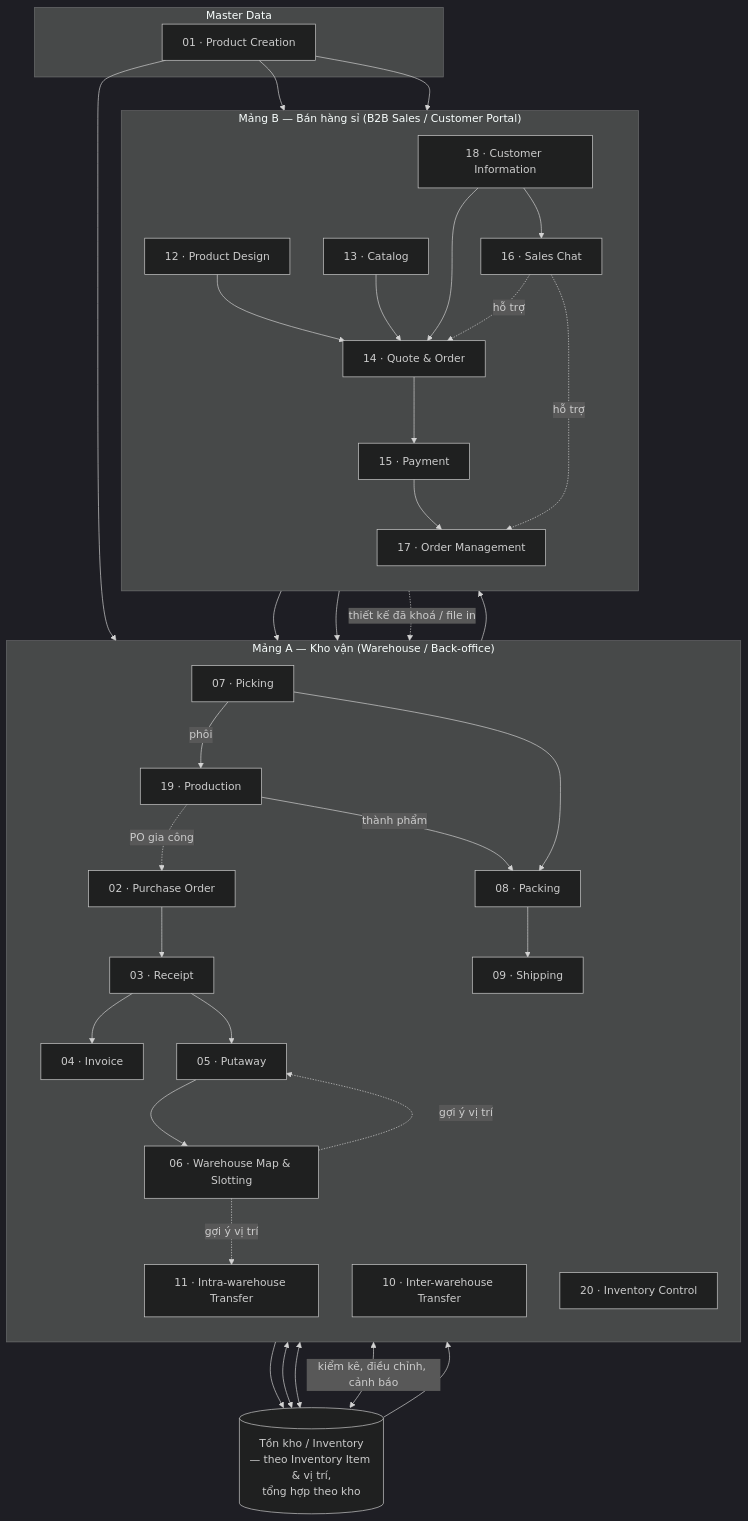
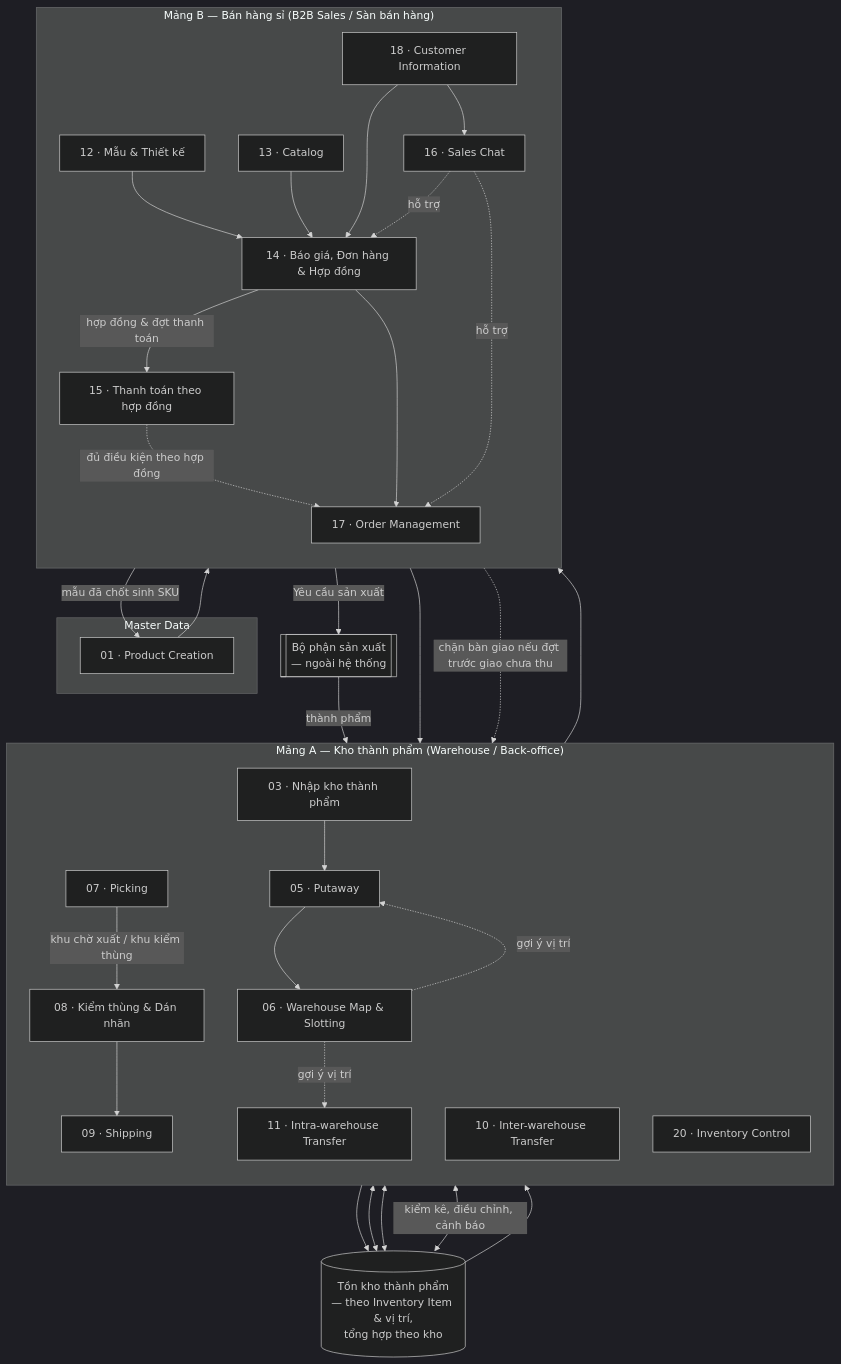
One commit to KLTN-FA26/docs changed the second of 3 diagrams in docs/00-system-overview/README.md. Above: the diagram before and after it, drawn with Mermaid (dark theme). The commit also changed other lines of this file and 26 other files, not shown here.

First line of the commit message:
Narrow the scope to a finished-goods warehouse and contract-based B2B sales

````diff
--- a/docs/00-system-overview/README.md
+++ b/docs/00-system-overview/README.md
@@ -169,70 +180,64 @@
 ```mermaid
 flowchart TB
     subgraph MASTER["Master Data"]
         PC[01 · Product Creation]
     end
 
-    subgraph WH["Mảng A — Kho vận (Warehouse / Back-office)"]
+    subgraph WH["Mảng A — Kho thành phẩm (Warehouse / Back-office)"]
         direction TB
-        PO[02 · Purchase Order]
-        RC[03 · Receipt]
-        INV[04 · Invoice]
+        RC[03 · Nhập kho thành phẩm]
         PA[05 · Putaway]
         MAP[06 · Warehouse Map & Slotting]
         PICK[07 · Picking]
-        PACK[08 · Packing]
+        PACK[08 · Kiểm thùng & Dán nhãn]
         SHIP[09 · Shipping]
         INTER[10 · Inter-warehouse Transfer]
         INTRA[11 · Intra-warehouse Transfer]
-        PROD[19 · Production]
         CTRL[20 · Inventory Control]
     end
 
-    subgraph EC["Mảng B — Bán hàng sỉ (B2B Sales / Customer Portal)"]
+    subgraph EC["Mảng B — Bán hàng sỉ (B2B Sales / Sàn bán hàng)"]
         direction TB
-        DSN[12 · Product Design]
+        DSN[12 · Mẫu & Thiết kế]
         CAT[13 · Catalog]
-        CO[14 · Quote & Order]
-        PAY[15 · Payment]
+        CO[14 · Báo giá, Đơn hàng & Hợp đồng]
+        PAY[15 · Thanh toán theo hợp đồng]
         CHAT[16 · Sales Chat]
         OM[17 · Order Management]
         CIM[18 · Customer Information]
     end
 
-    INVENTORY[(Tồn kho / Inventory\n— theo Inventory Item & vị trí,\ntổng hợp theo kho)]
+    PRODEXT[[Bộ phận sản xuất\n— ngoài hệ thống]]
+    INVENTORY[(Tồn kho thành phẩm\n— theo Inventory Item & vị trí,\ntổng hợp theo kho)]
 
-    PC --> PO
+    DSN -- mẫu đã chốt sinh SKU --> PC
     PC --> CAT
-    PC --> DSN
-    PO --> RC
-    RC --> INV
+    CAT --> CO
+    DSN --> CO
+    CHAT -. hỗ trợ .-> CO
+    CHAT -. hỗ trợ .-> OM
+    CIM --> CO
+    CIM --> CHAT
+    CO -- hợp đồng & đợt thanh toán --> PAY
+    CO --> OM
+    PAY -. đủ điều kiện theo hợp đồng .-> OM
+
+    OM -- Yêu cầu sản xuất --> PRODEXT
+    PRODEXT -- thành phẩm --> RC
     RC --> PA
     PA --> MAP
     MAP -. gợi ý vị trí .-> PA
     PA --> INVENTORY
 
-    CAT --> CO
-    DSN --> CO
-    CO --> PAY
-    PAY --> OM
-    CHAT -. hỗ trợ .-> CO
-    CHAT -. hỗ trợ .-> OM
-    CIM --> CO
-    CIM --> CHAT
-
     OM --> PICK
-    OM --> PROD
-    DSN -. thiết kế đã khoá / file in .-> PROD
-    PICK -- phôi --> PROD
-    PROD -- thành phẩm --> PACK
-    PROD -. PO gia công .-> PO
     INVENTORY --> PICK
-    PICK --> PACK
+    PICK -- khu chờ xuất / khu kiểm thùng --> PACK
     PACK --> SHIP
+    PAY -. chặn bàn giao nếu đợt trước giao chưa thu .-> SHIP
     SHIP --> OM
 
     INTER <--> INVENTORY
     INTRA <--> INVENTORY
     CTRL <-->|kiểm kê, điều chỉnh, cảnh báo| INVENTORY
     MAP -. gợi ý vị trí .-> INTRA
 ```
````
